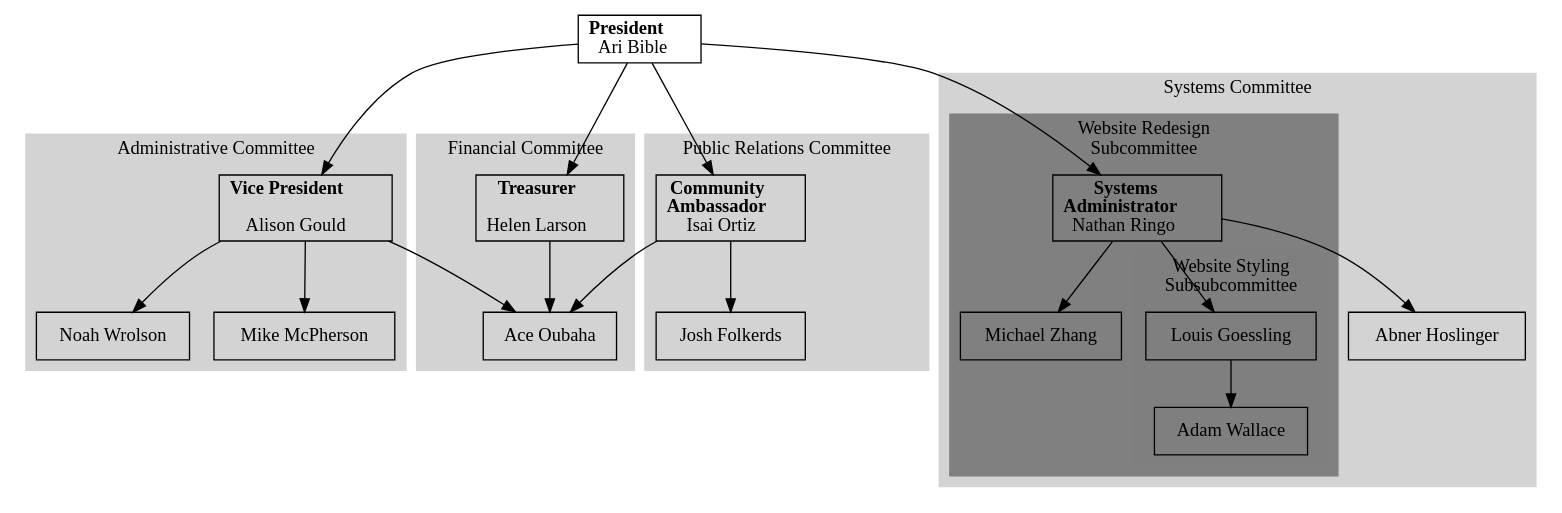
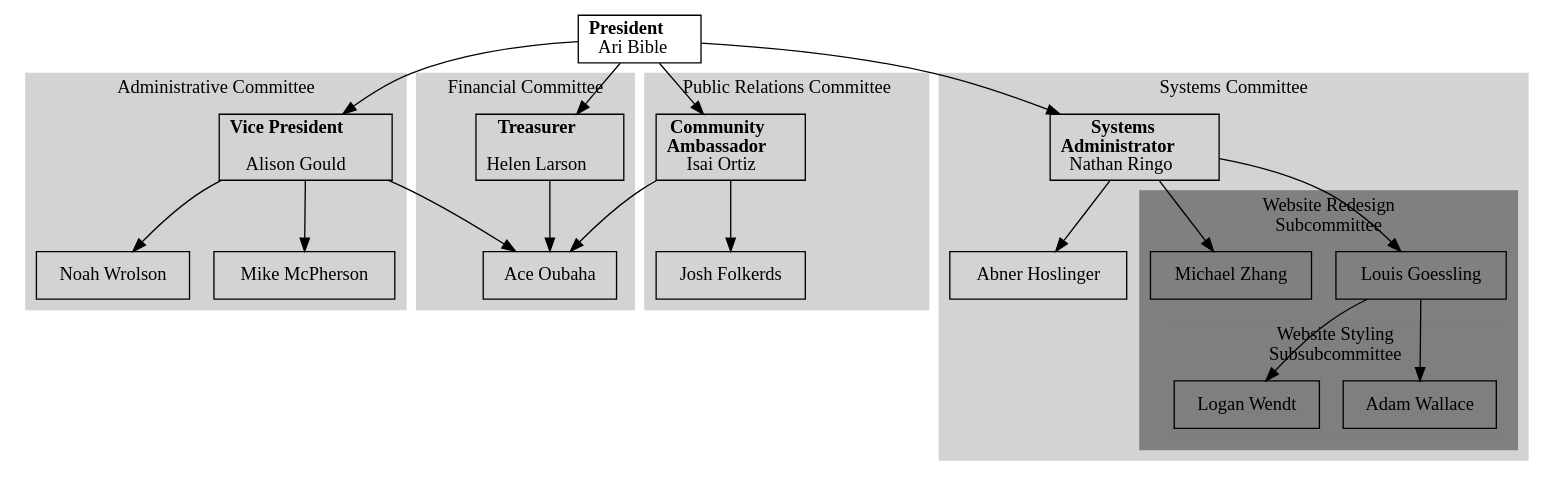
Before and after one commit to acmumn/officer-resources: the diagram in charts/officers.dot, drawn with Graphviz.

Commit message:
Updated org chart.

```diff
--- a/charts/officers.dot
+++ b/charts/officers.dot
@@ -1,73 +1,72 @@
 digraph officerPositions {
 	node[shape = "box"];
 	president [label = <<b>President</b><br/>Ari Bible>];
 
 	// Ari lording their power over us.
 	president -> vicePresident, treasurer, sysadmin, communityAmbassador;
 
 	subgraph cluster_financial {
 		treasurer [label = <<b>Treasurer</b><br/><br/>Helen Larson>];
 		ace [label = "Ace Oubaha"];
 
 		treasurer -> ace;
 
 		color = "lightgrey";
 		label = "Financial Committee";
 		style = "filled";
 	}
 
 	subgraph cluster_administrative {
 		vicePresident [label = <<b>Vice President</b><br/><br/>Alison Gould>];
 		secretary [label = "Noah Wrolson"];
 		mike [label = "Mike McPherson"];
 
 		vicePresident -> secretary, ace, mike;
 
 		color = lightgrey;
 		label = "Administrative Committee";
 		style = filled;
 	}
 
 	subgraph cluster_public_relations {
 		communityAmbassador [label = <<b>Community<br/>Ambassador</b><br/>Isai Ortiz>];
 		membership [label = "Josh Folkerds"];
 
 		communityAmbassador -> ace, membership;
 
 		color = lightgrey;
 		label = "Public Relations Committee";
 		style = filled;
 	}
 
 	subgraph cluster_systems {
 		sysadmin [label = <<b>Systems<br/>Administrator</b><br/>Nathan Ringo>];
 		abner [label = "Abner Hoslinger"];
 
-		sysadmin -> abner;
+		sysadmin -> abner, louis, webmaster;
 
 		color = lightgrey;
 		label = "Systems Committee";
 		style = filled;
 
 		subgraph cluster_website {
 			webmaster [label = "Michael Zhang"];
 			louis [label = "Louis Goessling"];
 
-			sysadmin -> webmaster, louis;
+			louis -> adam, logan;
 
 			color = grey;
 			label = "Website Redesign\nSubcommittee";
 			style = filled;
 
 			subgraph cluster_website_style {
 				adam[label = "Adam Wallace"];
-
-				louis -> adam;
+				logan[label = "Logan Wendt"];
 
 				color = "#7f7f7f";
 				label = "Website Styling\nSubsubcommittee";
 				style = filled;
 			}
 		}
 	}
 }
```
